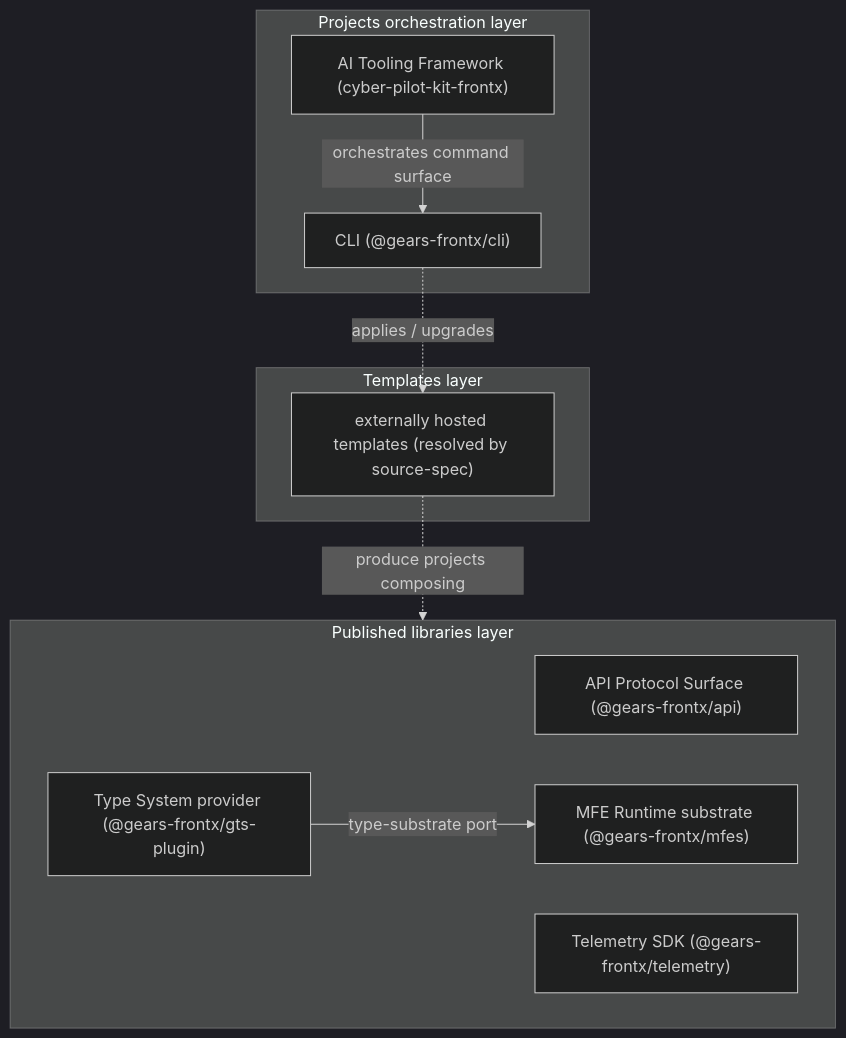
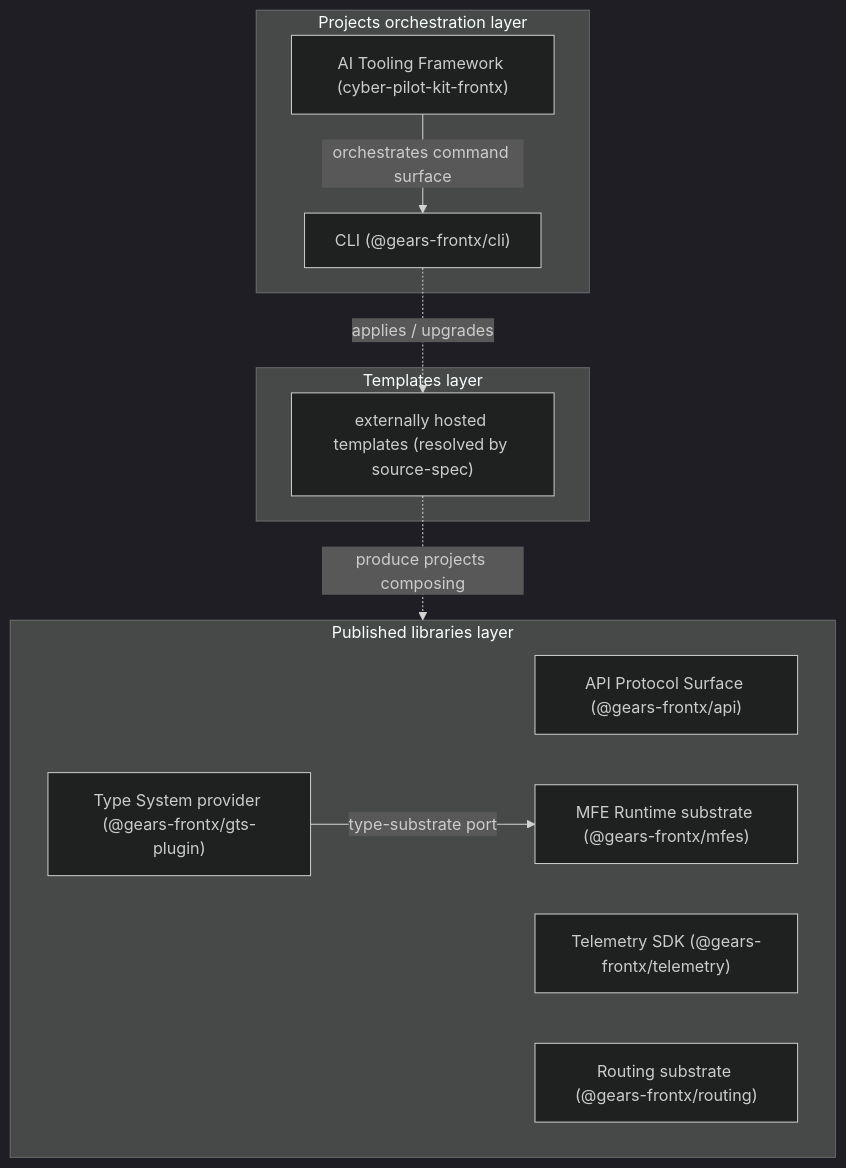
One commit to GeraBart/gears-frontx changed the first of 3 diagrams in architecture/DESIGN.md. Above: the diagram before and after it, drawn with Mermaid (dark theme). The commit also changed other lines of this file and 4 other files, not shown here.

First line of the commit message:
docs(architecture): record the routing member in the root layer model

````diff
--- a/architecture/DESIGN.md
+++ b/architecture/DESIGN.md
@@ -145,20 +145,21 @@
 ```mermaid
 graph TD
     subgraph Orch[Projects orchestration layer]
         KIT["AI Tooling Framework (cyber-pilot-kit-frontx)"]
         CLI["CLI (@gears-frontx/cli)"]
     end
     subgraph Libs[Published libraries layer]
         API["API Protocol Surface (@gears-frontx/api)"]
         GTS["Type System provider (@gears-frontx/gts-plugin)"]
         MFES["MFE Runtime substrate (@gears-frontx/mfes)"]
         TEL["Telemetry SDK (@gears-frontx/telemetry)"]
+        ROUTING["Routing substrate (@gears-frontx/routing)"]
     end
     subgraph Tmpl[Templates layer]
         T["externally hosted templates (resolved by source-spec)"]
     end
     KIT -- "orchestrates command surface" --> CLI
     GTS -- "type-substrate port" --> MFES
     CLI -. "applies / upgrades" .-> T
     T -. "produce projects composing" .-> Libs
 ```
````
